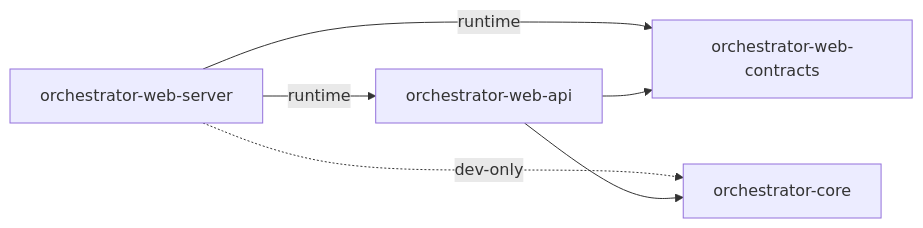
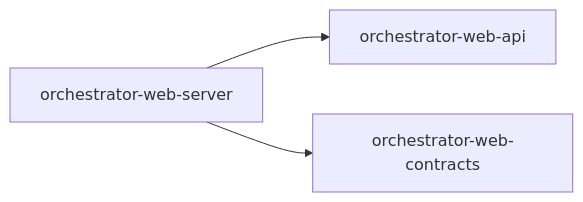
One commit to launchapp-dev/animus-cli changed the second of 2 diagrams in crates/orchestrator-web-server/README.md. Above: the diagram before and after it, drawn with Mermaid. The commit also changed other lines of this file and 15 other files, not shown here.

````diff
--- a/crates/orchestrator-web-server/README.md
+++ b/crates/orchestrator-web-server/README.md
@@ -297,14 +98,9 @@
 ```mermaid
 graph LR
-    WS[orchestrator-web-server]
-    WA[orchestrator-web-api]
-    WC[orchestrator-web-contracts]
-    CORE[orchestrator-core]
+    WS["orchestrator-web-server"]
+    API["orchestrator-web-api"]
+    CONTRACTS["orchestrator-web-contracts"]
 
-    WS -->|runtime| WA
-    WS -->|runtime| WC
-    WS -.->|dev-only| CORE
-
-    WA --> WC
-    WA --> CORE
+    WS --> API
+    WS --> CONTRACTS
 ```
````
